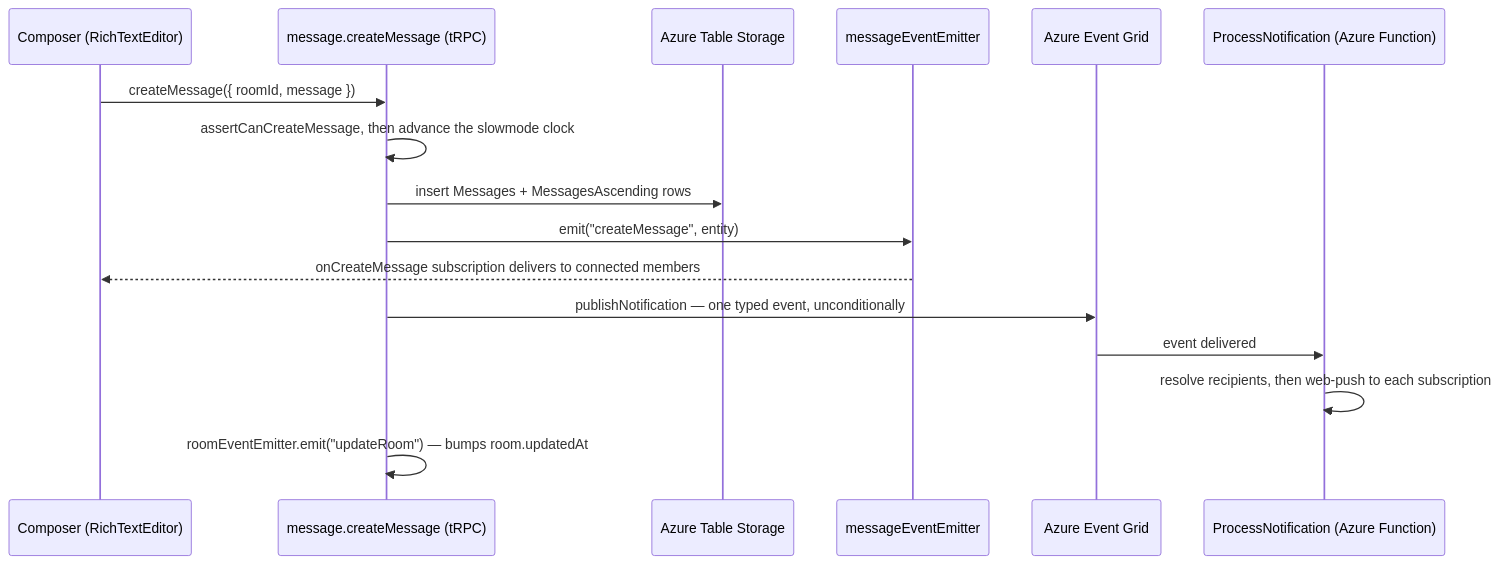
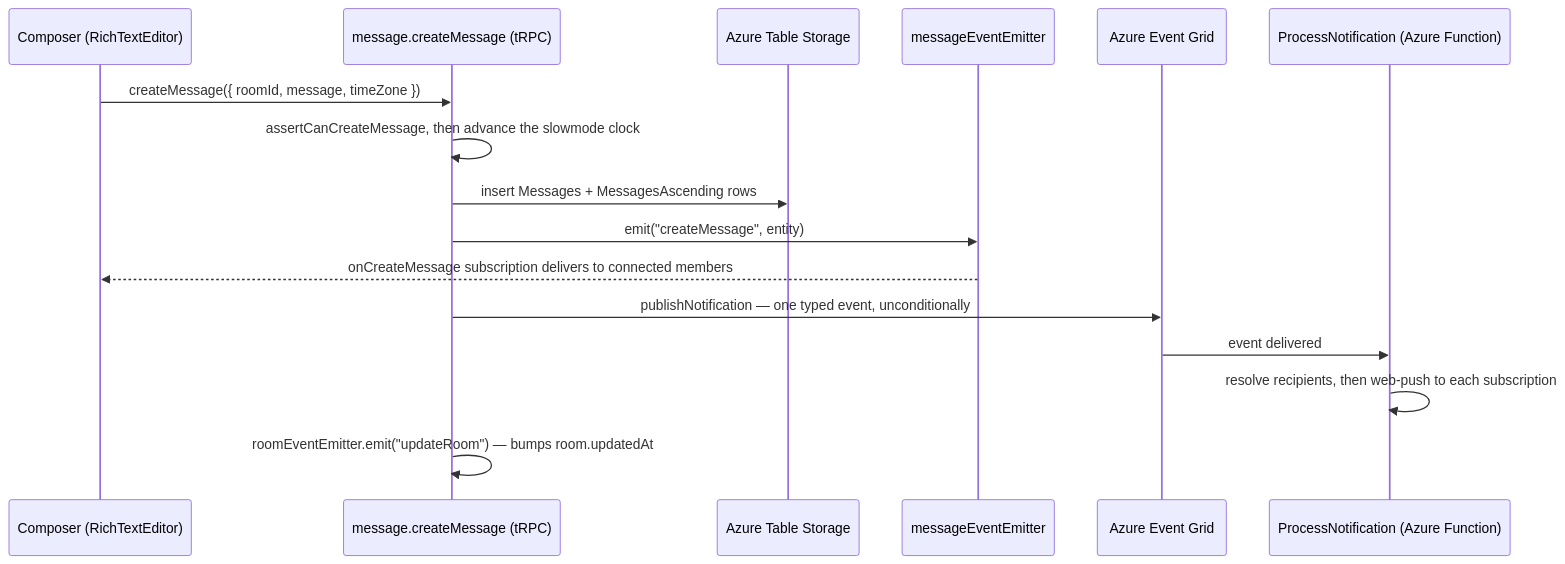
Before and after one commit to Esposter/Esposter: the first of 2 diagrams in apps/web/content/docs/esbabbler/messaging.md, drawn with Mermaid. The commit also changed 20 other files, not shown here.

First line of the commit message:
fix(web): the time-of-day achievements read the sender's own clock, the zone sent with the message

````diff
--- a/apps/web/content/docs/esbabbler/messaging.md
+++ b/apps/web/content/docs/esbabbler/messaging.md
@@ -16,19 +16,19 @@
 ```mermaid
 sequenceDiagram
     participant C as Composer (RichTextEditor)
     participant T as message.createMessage (tRPC)
     participant AT as Azure Table Storage
     participant E as messageEventEmitter
     participant EG as Azure Event Grid
     participant F as ProcessNotification (Azure Function)
 
-    C->>T: createMessage({ roomId, message })
+    C->>T: createMessage({ roomId, message, timeZone })
     T->>T: assertCanCreateMessage, then advance the slowmode clock
     T->>AT: insert Messages + MessagesAscending rows
     T->>E: emit("createMessage", entity)
     E-->>C: onCreateMessage subscription delivers to connected members
     T->>EG: publishNotification — one typed event, unconditionally
     EG->>F: event delivered
     F->>F: resolve recipients, then web-push to each subscription
     T->>T: roomEventEmitter.emit("updateRoom") — bumps room.updatedAt
 ```
````
